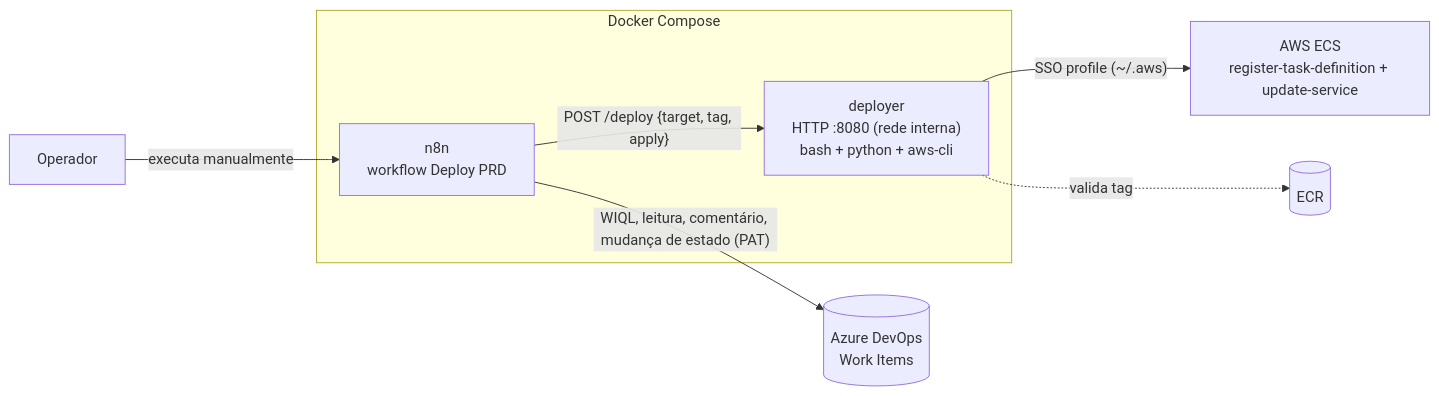
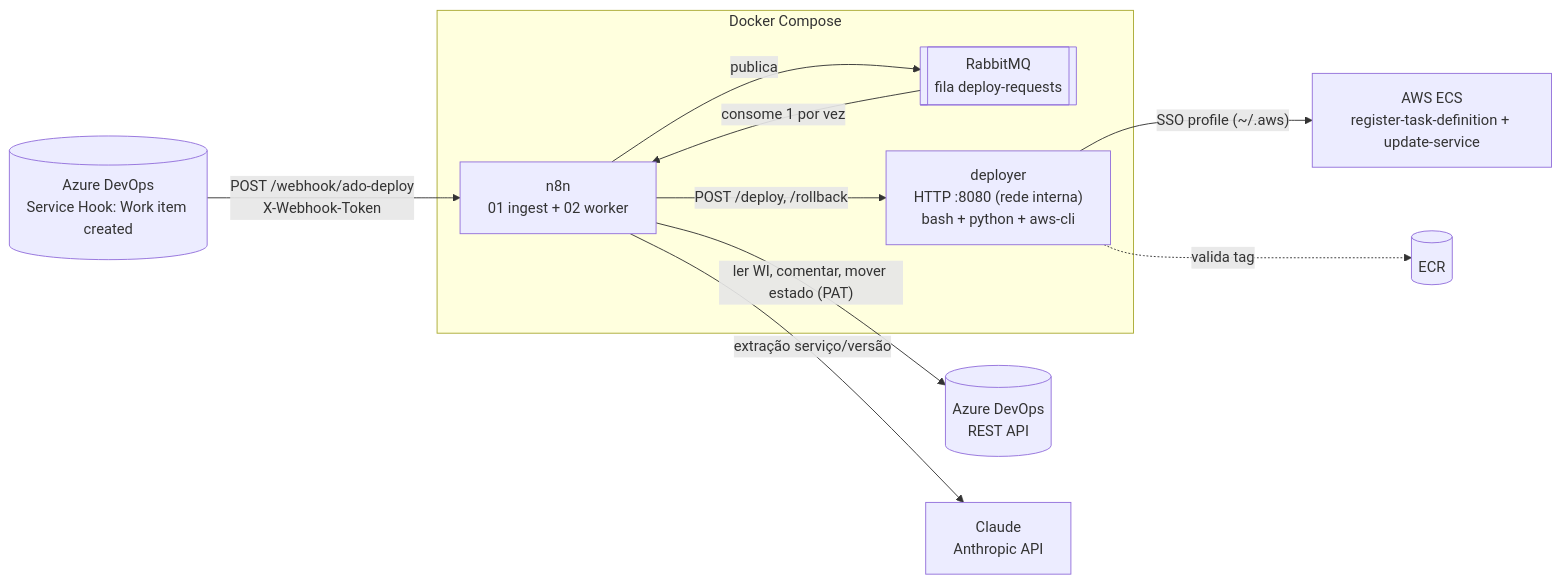
The first of 3 diagrams in README.md (diovanibmotta/n8n-deploy-sre), drawn with Mermaid before and after one commit. The commit also changed other lines of this file and 10 other files, not shown here.

First line of the commit message:
feat: webhook ADO, fila, worker com agente IA e rollback

````diff
--- a/README.md
+++ b/README.md
@@ -9,14 +7,18 @@
 ```mermaid
 flowchart LR
-  OP[Operador] -->|executa manualmente| N8N
+  ADO[(Azure DevOps<br/>Service Hook: Work item created)] -- "POST /webhook/ado-deploy<br/>X-Webhook-Token" --> N8N
 
   subgraph Compose [Docker Compose]
-    N8N["n8n<br/>workflow Deploy PRD"]
+    N8N["n8n<br/>01 ingest + 02 worker"]
+    MQ[["RabbitMQ<br/>fila deploy-requests"]]
     DEP["deployer<br/>HTTP :8080 (rede interna)<br/>bash + python + aws-cli"]
-    N8N -- "POST /deploy {target, tag, apply}" --> DEP
+    N8N -- publica --> MQ
+    MQ -- consome 1 por vez --> N8N
+    N8N -- "POST /deploy, /rollback" --> DEP
   end
 
-  N8N -- "WIQL, leitura, comentário, mudança de estado (PAT)" --> ADO[(Azure DevOps<br/>Work Items)]
+  N8N -- "ler WI, comentar, mover estado (PAT)" --> ADO2[(Azure DevOps<br/>REST API)]
+  N8N -- "extração serviço/versão" --> LLM[Claude<br/>Anthropic API]
   DEP -- "SSO profile (~/.aws)" --> ECS[AWS ECS<br/>register-task-definition + update-service]
   DEP -. valida tag .-> ECR[(ECR)]
 ```
````
